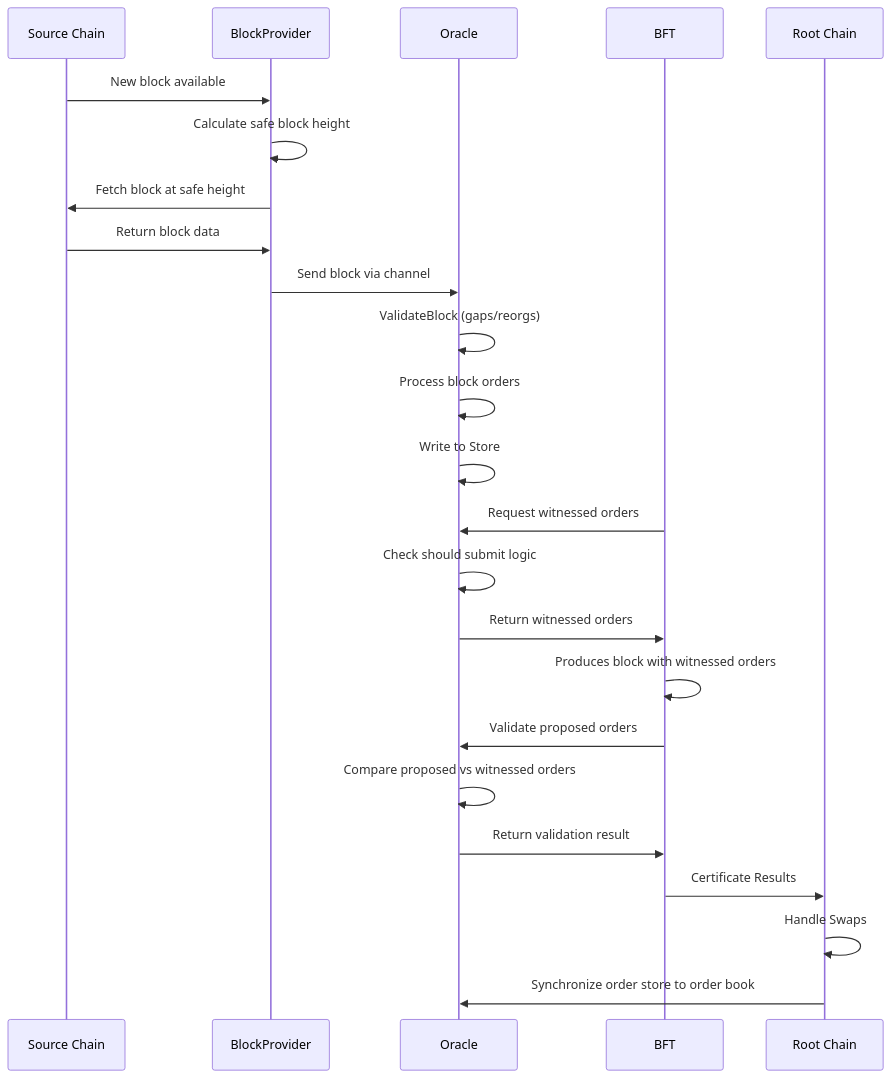
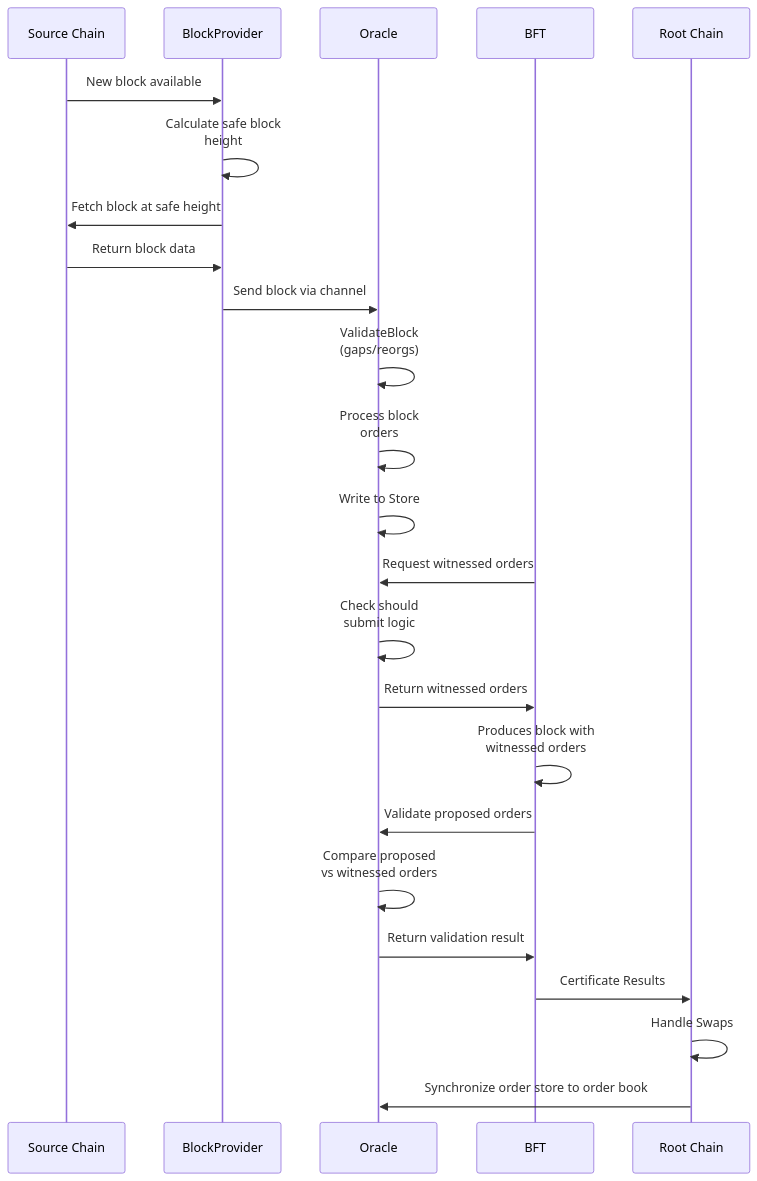
Before and after one commit to canopy-network/canopy: the diagram in cmd/rpc/oracle/ORACLE_FLOW.md, drawn with Mermaid.

````diff
--- a/cmd/rpc/oracle/ORACLE_FLOW.md
+++ b/cmd/rpc/oracle/ORACLE_FLOW.md
@@ -9,38 +9,38 @@
 ```mermaid
 sequenceDiagram
     participant SC as Source Chain
     participant BP as BlockProvider
     participant O as Oracle
     participant BFT as BFT
     participant RC as Root Chain
 
     %% Block retrieval and processing
     SC->>BP: New block available
     BP->>BP: Calculate safe block height
     BP->>SC: Fetch block at safe height
     SC->>BP: Return block data
     BP->>O: Send block via channel
     
     %% Oracle block processing
     O->>O: ValidateBlock (gaps/reorgs)
     O->>O: Process block orders
     O->>O: Write to Store
     
-    %% ═══════════════════════════════════════════════════════════════════
+    %%{wrap}%%
     
     %% BFT consensus integration
     BFT->>O: Request witnessed orders
     O->>O: Check should submit logic
     O->>BFT: Return witnessed orders
     BFT->>BFT: Produces block with witnessed orders
     
     %% Block proposal validation
     BFT->>O: Validate proposed orders
     O->>O: Compare proposed vs witnessed orders
     O->>BFT: Return validation result
     
     %% Root Chain interaction
     BFT->>RC: Certificate Results
     RC->>RC: Handle Swaps
     RC->>O: Synchronize order store to order book
 ```
````
